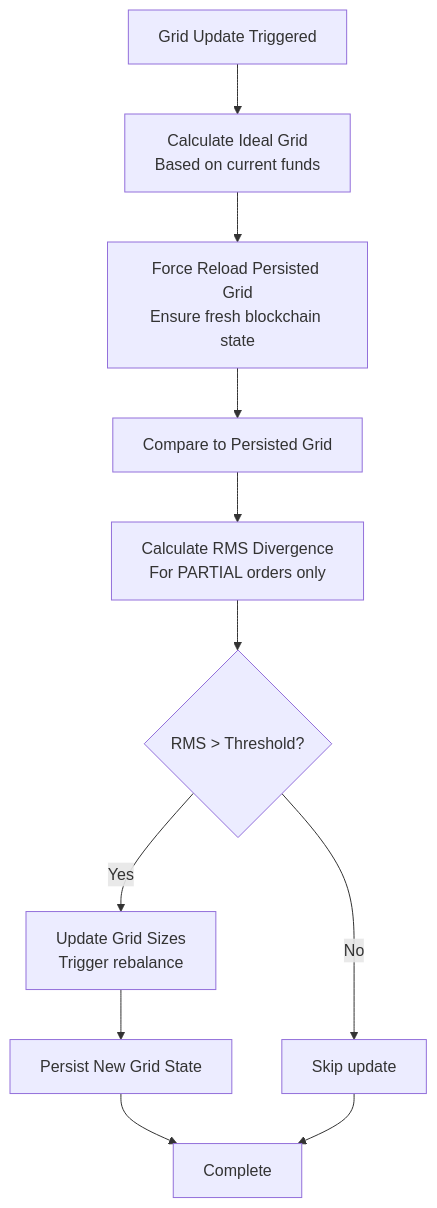
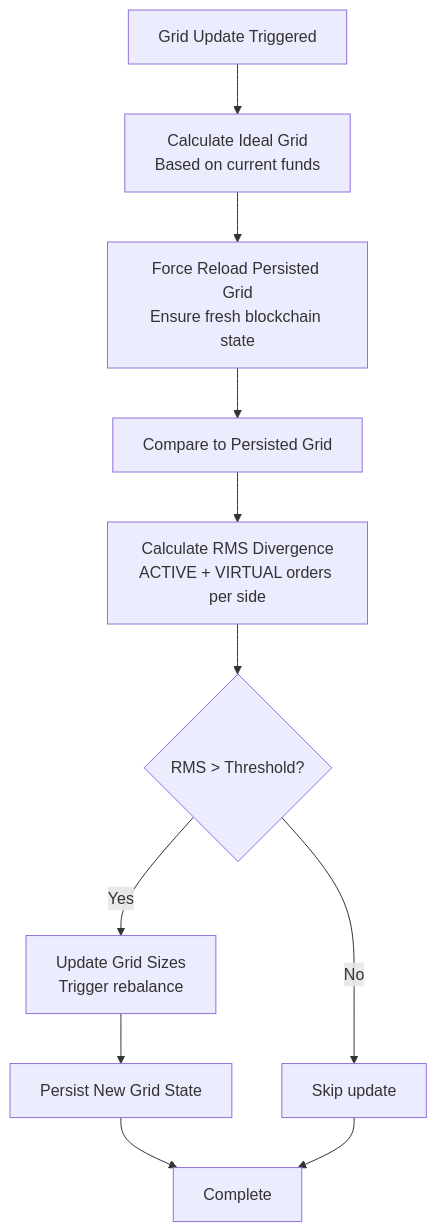
Before and after one commit to abitmore/DEXBot2: the tenth of 13 diagrams in docs/architecture.md, drawn with Mermaid. The commit also changed 3 other files, not shown here.

````diff
--- a/docs/architecture.md
+++ b/docs/architecture.md
@@ -914,15 +914,15 @@
 ```mermaid
 graph TB
     START[Grid Update Triggered] --> CALC[Calculate Ideal Grid<br/>Based on current funds]
     CALC --> RELOAD[Force Reload Persisted Grid<br/>Ensure fresh blockchain state]
     RELOAD --> COMPARE[Compare to Persisted Grid]
-    COMPARE --> RMS[Calculate RMS Divergence<br/>For PARTIAL orders only]
+    COMPARE --> RMS[Calculate RMS Divergence<br/>ACTIVE + VIRTUAL orders per side]
 
     RMS --> CHECK{RMS > Threshold?}
     CHECK -->|Yes| UPDATE[Update Grid Sizes<br/>Trigger rebalance]
     CHECK -->|No| SKIP[Skip update]
 
     UPDATE --> PERSIST[Persist New Grid State]
     PERSIST --> DONE[Complete]
     SKIP --> DONE
 ```
````
